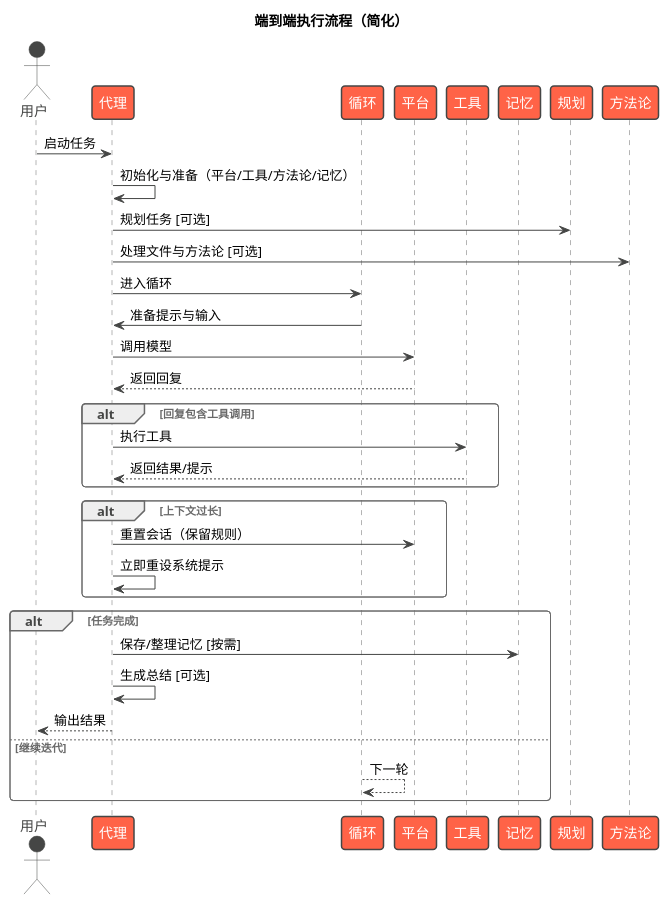
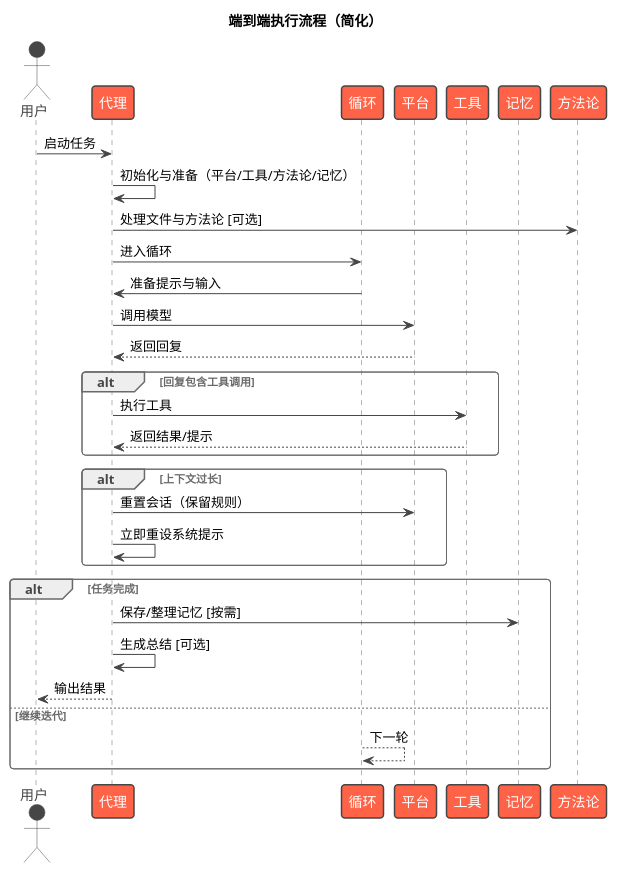
Diagram 20 of 21 in docs/架构设计/Agent系统架构设计.md (skyfireitdiy/Jarvis), drawn with PlantUML before and after one commit. The commit also changed other lines of this file and 18 other files, not shown here.

````diff
--- a/docs/架构设计/Agent系统架构设计.md
+++ b/docs/架构设计/Agent系统架构设计.md
@@ -1045,43 +994,41 @@
 ```plantuml
 @startuml
 !theme vibrant
 title 端到端执行流程（简化）
 
 actor 用户 as User
 participant "代理" as Agent
 participant "循环" as Loop
 participant "平台" as Platform
 participant "工具" as Tools
 participant "记忆" as Mem
-participant "规划" as Planner
 participant "方法论" as Fm
 
 User -> Agent : 启动任务
 Agent -> Agent : 初始化与准备（平台/工具/方法论/记忆）
-Agent -> Planner : 规划任务 [可选]
 Agent -> Fm : 处理文件与方法论 [可选]
 Agent -> Loop : 进入循环
 
 Loop -> Agent : 准备提示与输入
 Agent -> Platform : 调用模型
 Platform --> Agent : 返回回复
 
 alt 回复包含工具调用
   Agent -> Tools : 执行工具
   Tools --> Agent : 返回结果/提示
 end
 
 alt 上下文过长
   Agent -> Platform : 重置会话（保留规则）
   Agent -> Agent : 立即重设系统提示
 end
 
 alt 任务完成
   Agent -> Mem : 保存/整理记忆 [按需]
   Agent -> Agent : 生成总结 [可选]
   Agent --> User : 输出结果
 else 继续迭代
   Loop --> Loop : 下一轮
 end
 @enduml
 ```
````
